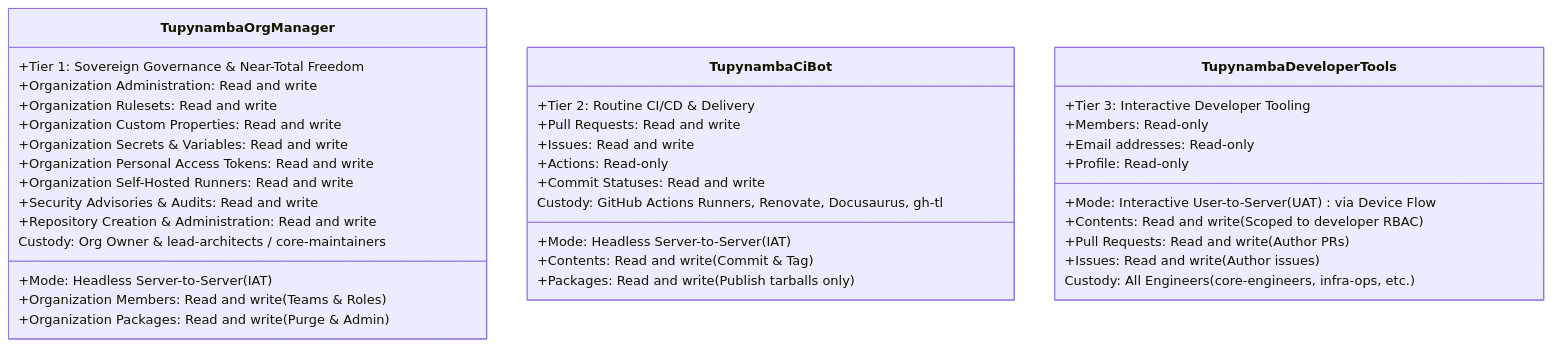
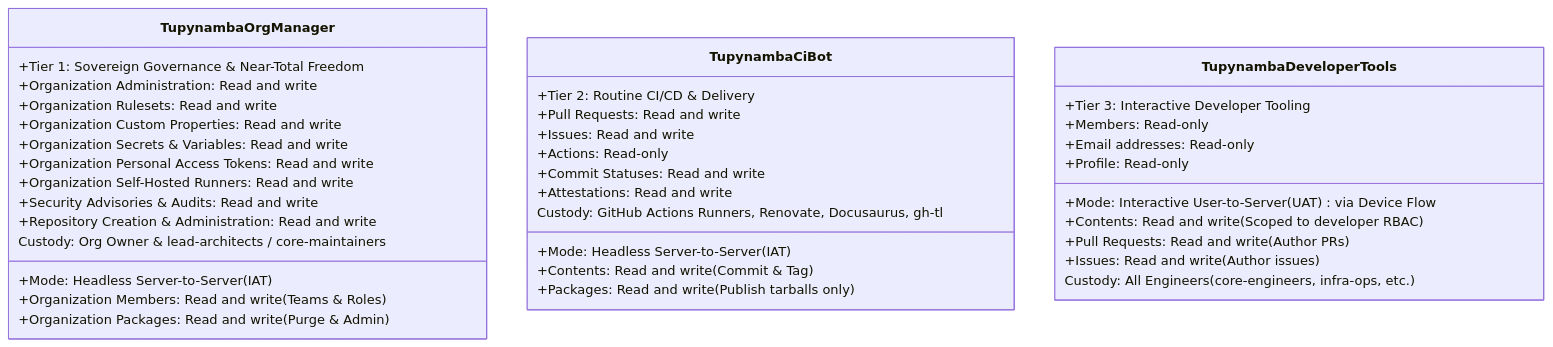
The fourth of 9 diagrams in .agents/analyses/github-app-organizational-architecture-and-setup-guide.md (tupynambalucas-dev/.github), drawn with Mermaid before and after one commit. The commit also changed other lines of this file, not shown here.

````diff
--- a/.agents/analyses/github-app-organizational-architecture-and-setup-guide.md
+++ b/.agents/analyses/github-app-organizational-architecture-and-setup-guide.md
@@ -213,42 +215,43 @@
 ```mermaid
 classDiagram
     class TupynambaOrgManager {
         +Tier 1: Sovereign Governance & Near-Total Freedom
         +Mode: Headless Server-to-Server (IAT)
         +Organization Administration: Read and write
         +Organization Members: Read and write (Teams & Roles)
         +Organization Rulesets: Read and write
         +Organization Custom Properties: Read and write
         +Organization Secrets & Variables: Read and write
         +Organization Personal Access Tokens: Read and write
         +Organization Self-Hosted Runners: Read and write
         +Organization Packages: Read and write (Purge & Admin)
         +Security Advisories & Audits: Read and write
         +Repository Creation & Administration: Read and write
         Custody: Org Owner & lead-architects / core-maintainers
     }
 
     class TupynambaCiBot {
         +Tier 2: Routine CI/CD & Delivery
         +Mode: Headless Server-to-Server (IAT)
         +Contents: Read and write (Commit & Tag)
         +Pull Requests: Read and write
         +Issues: Read and write
         +Actions: Read-only
         +Packages: Read and write (Publish tarballs only)
         +Commit Statuses: Read and write
+        +Attestations: Read and write
         Custody: GitHub Actions Runners, Renovate, Docusaurus, gh-tl
     }
 
     class TupynambaDeveloperTools {
         +Tier 3: Interactive Developer Tooling
         +Mode: Interactive User-to-Server (UAT) via Device Flow
         +Contents: Read and write (Scoped to developer RBAC)
         +Pull Requests: Read and write (Author PRs)
         +Issues: Read and write (Author issues)
         +Members: Read-only
         +Email addresses: Read-only
         +Profile: Read-only
         Custody: All Engineers (core-engineers, infra-ops, etc.)
     }
 ```
````
